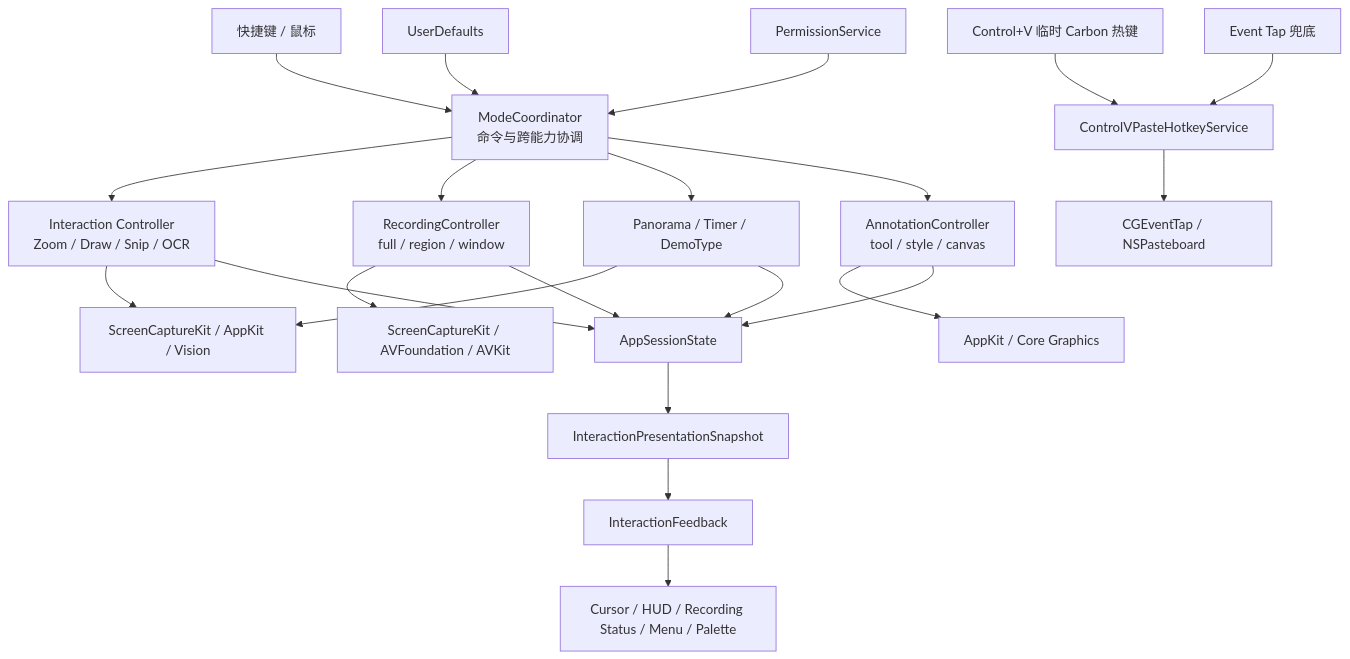
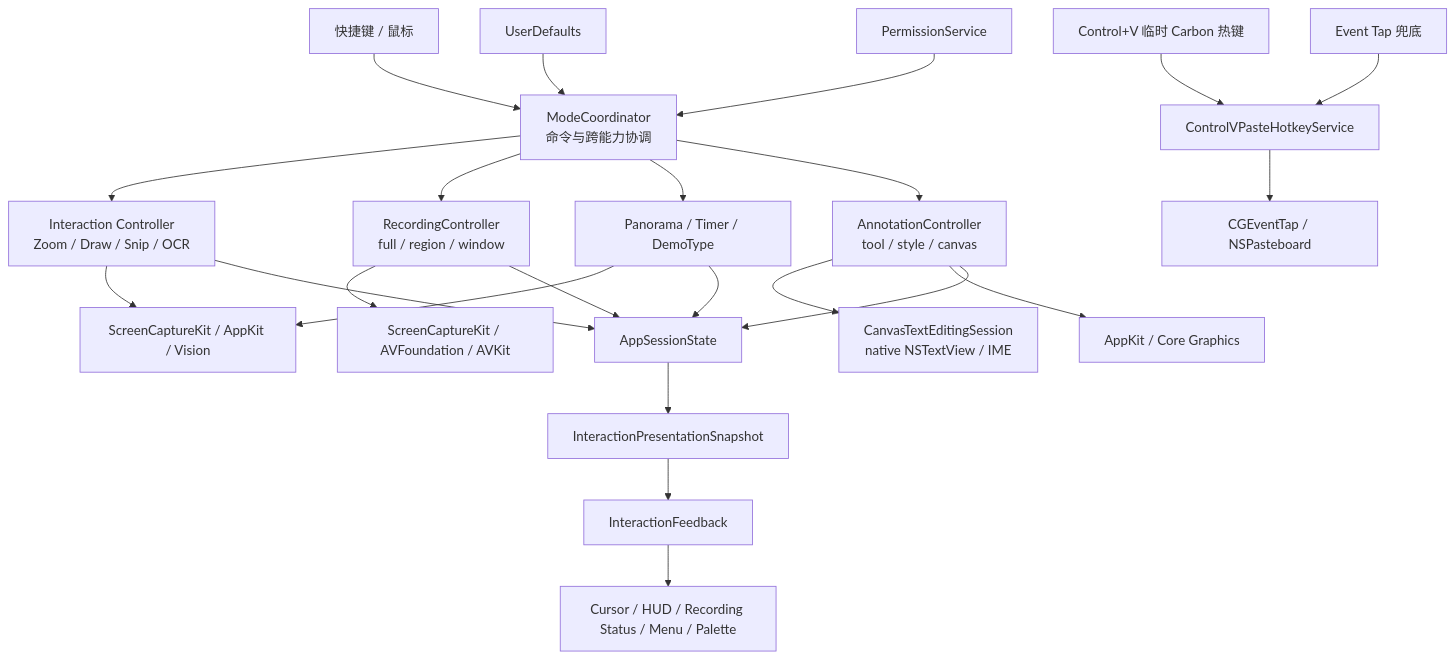
One commit to AdgaiWalker/Dorazoom changed the diagram in ARCHITECTURE.md. Above: the diagram before and after it, drawn with Mermaid. The commit also changed other lines of this file and 123 other files, not shown here.

````diff
--- a/ARCHITECTURE.md
+++ b/ARCHITECTURE.md
@@ -28,28 +33,29 @@
 ```mermaid
 flowchart TD
     A["快捷键 / 鼠标"] --> B["ModeCoordinator<br/>命令与跨能力协调"]
     V["Control+V 临时 Carbon 热键"] --> P["ControlVPasteHotkeyService"]
     VF["Event Tap 兜底"] --> P
 
     B --> C["Interaction Controller<br/>Zoom / Draw / Snip / OCR"]
     B --> D["RecordingController<br/>full / region / window"]
     B --> E["Panorama / Timer / DemoType"]
     B --> F["AnnotationController<br/>tool / style / canvas"]
+    F --> T["CanvasTextEditingSession<br/>native NSTextView / IME"]
 
     C --> G["ScreenCaptureKit / AppKit / Vision"]
     D --> H["ScreenCaptureKit / AVFoundation / AVKit"]
     E --> G
     F --> I["AppKit / Core Graphics"]
     P --> J["CGEventTap / NSPasteboard"]
 
     C --> S["AppSessionState"]
     D --> S
     E --> S
     F --> S
     S --> R["InteractionPresentationSnapshot"]
     R --> K["InteractionFeedback"]
     K --> L["Cursor / HUD / Recording Status / Menu / Palette"]
 
     M["UserDefaults"] --> B
     N["PermissionService"] --> B
 ```
````
